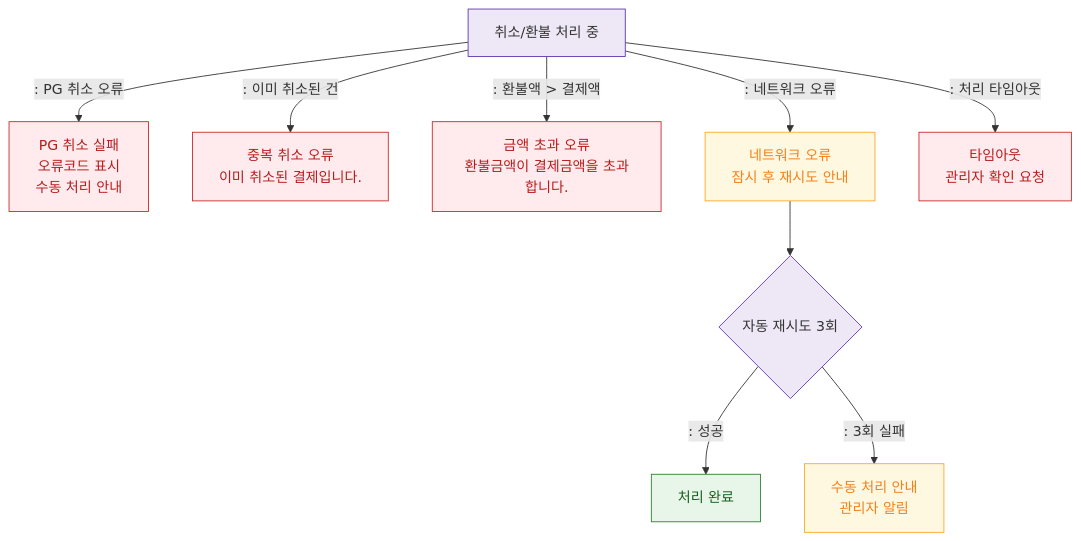
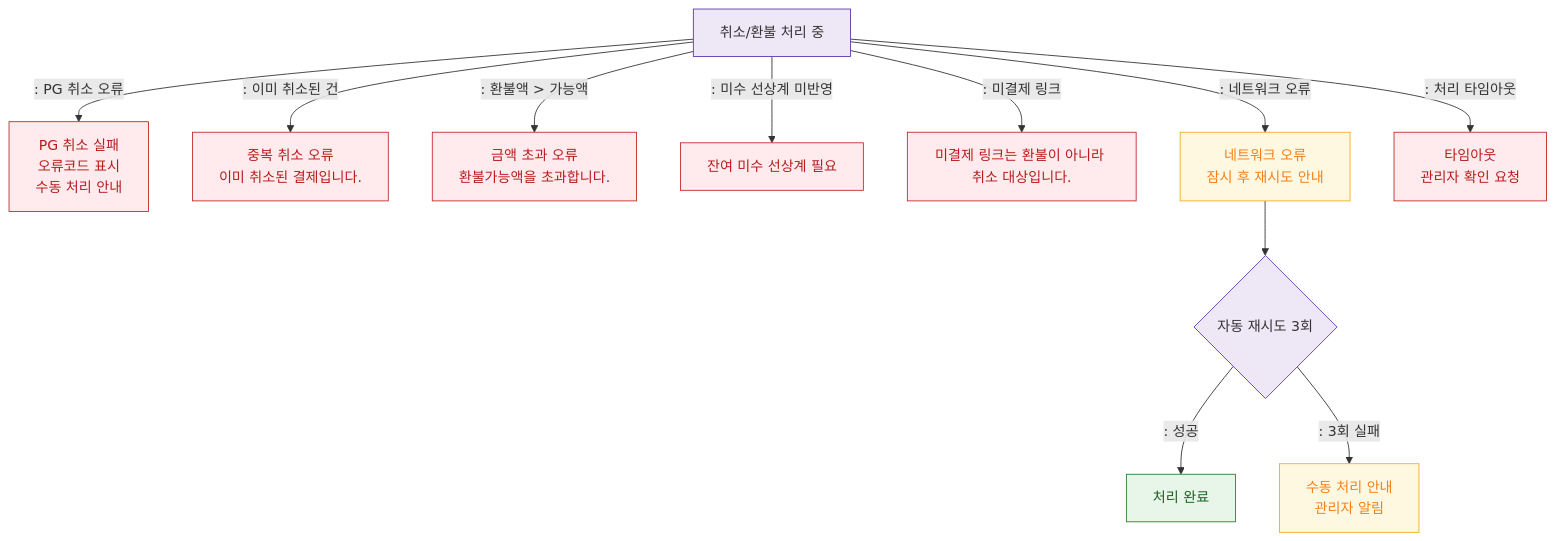
The diagram in docs/admin/다이어그램/D03_매출관리/SCR-S012_결제취소_부분환불/F8_에러.md (dev-spogym/admin-pando), drawn with Mermaid before and after one commit. The commit also changed other lines of this file and 45 other files, not shown here.

````diff
--- a/docs/admin/다이어그램/D03_매출관리/SCR-S012_결제취소_부분환불/F8_에러.md
+++ b/docs/admin/다이어그램/D03_매출관리/SCR-S012_결제취소_부분환불/F8_에러.md
@@ -18,24 +18,26 @@
 ```mermaid
 flowchart TD
     PROCESS[취소/환불 처리 중]
 
     PROCESS -->|": PG 취소 오류"|PG_ERR[PG 취소 실패\n오류코드 표시\n수동 처리 안내]
     PROCESS -->|": 이미 취소된 건"|DUPLICATE_ERR[중복 취소 오류\n이미 취소된 결제입니다.]
-    PROCESS -->|": 환불액 > 결제액"|EXCEED_ERR[금액 초과 오류\n환불금액이 결제금액을 초과합니다.]
+    PROCESS -->|": 환불액 > 가능액"|EXCEED_ERR[금액 초과 오류\n환불가능액을 초과합니다.]
+    PROCESS -->|": 미수 선상계 미반영"|OFFSET_ERR[잔여 미수 선상계 필요]
+    PROCESS -->|": 미결제 링크"|LINK_REFUND_ERR[미결제 링크는 환불이 아니라 취소 대상입니다.]
     PROCESS -->|": 네트워크 오류"|NET_ERR[네트워크 오류\n잠시 후 재시도 안내]
     PROCESS -->|": 처리 타임아웃"|TIMEOUT_ERR[타임아웃\n관리자 확인 요청]
 
     NET_ERR --> NET_RETRY{자동 재시도 3회}
     NET_RETRY -->|": 성공"|PROCESS_OK[처리 완료]
     NET_RETRY -->|": 3회 실패"|MANUAL_PROCESS[수동 처리 안내\n관리자 알림]
 
     classDef error fill:#FFEBEE,stroke:#C62828,color:#B71C1C
     classDef success fill:#E8F5E9,stroke:#2E7D32,color:#1B5E20
     classDef warning fill:#FFF8E1,stroke:#F9A825,color:#F57F17
     classDef system fill:#EDE7F6,stroke:#5E35B2
 
-    class PG_ERR,DUPLICATE_ERR,EXCEED_ERR,TIMEOUT_ERR error
+    class PG_ERR,DUPLICATE_ERR,EXCEED_ERR,OFFSET_ERR,LINK_REFUND_ERR,TIMEOUT_ERR error
     class PROCESS_OK success
     class NET_ERR,MANUAL_PROCESS warning
     class NET_RETRY,PROCESS system
 ```
````
